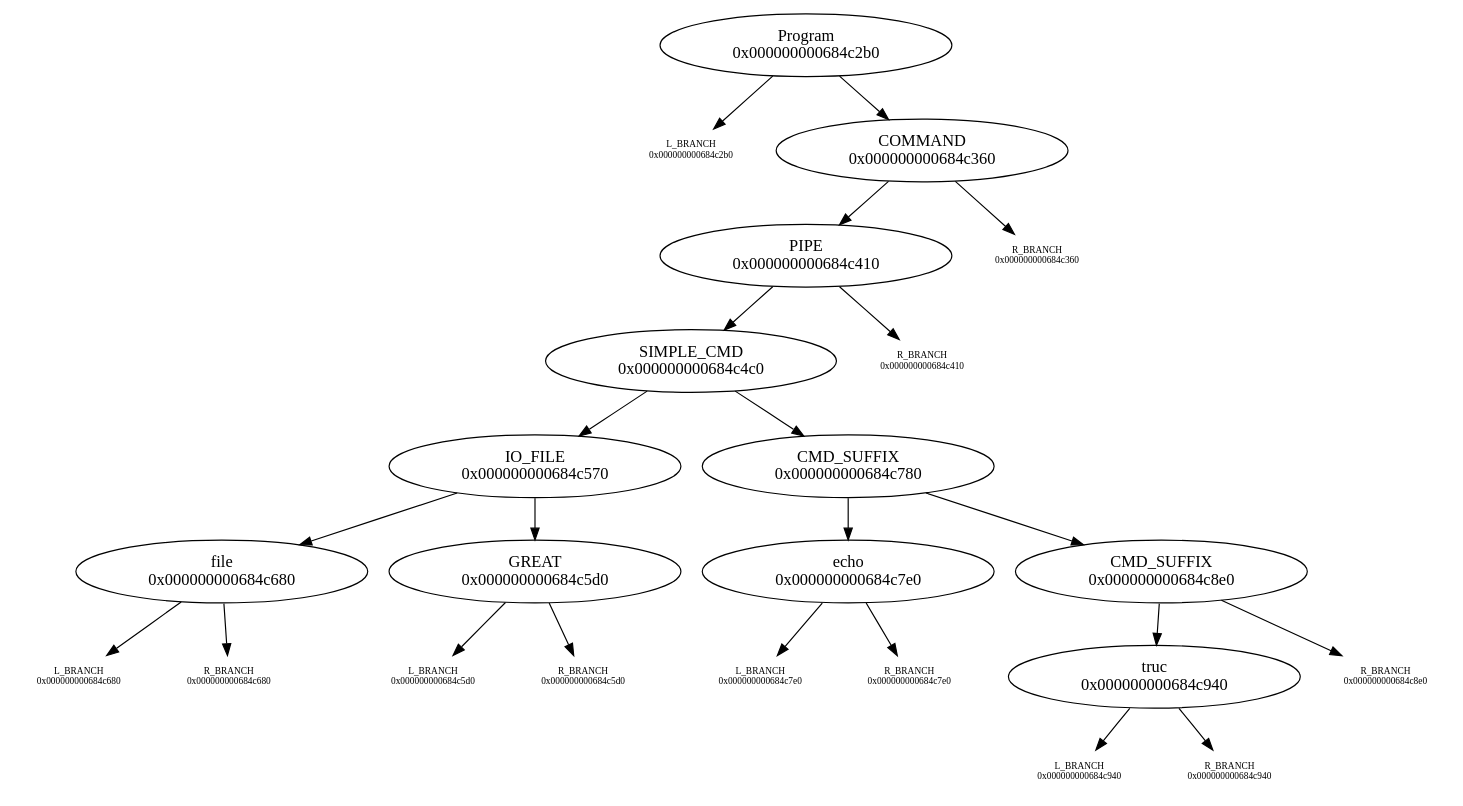
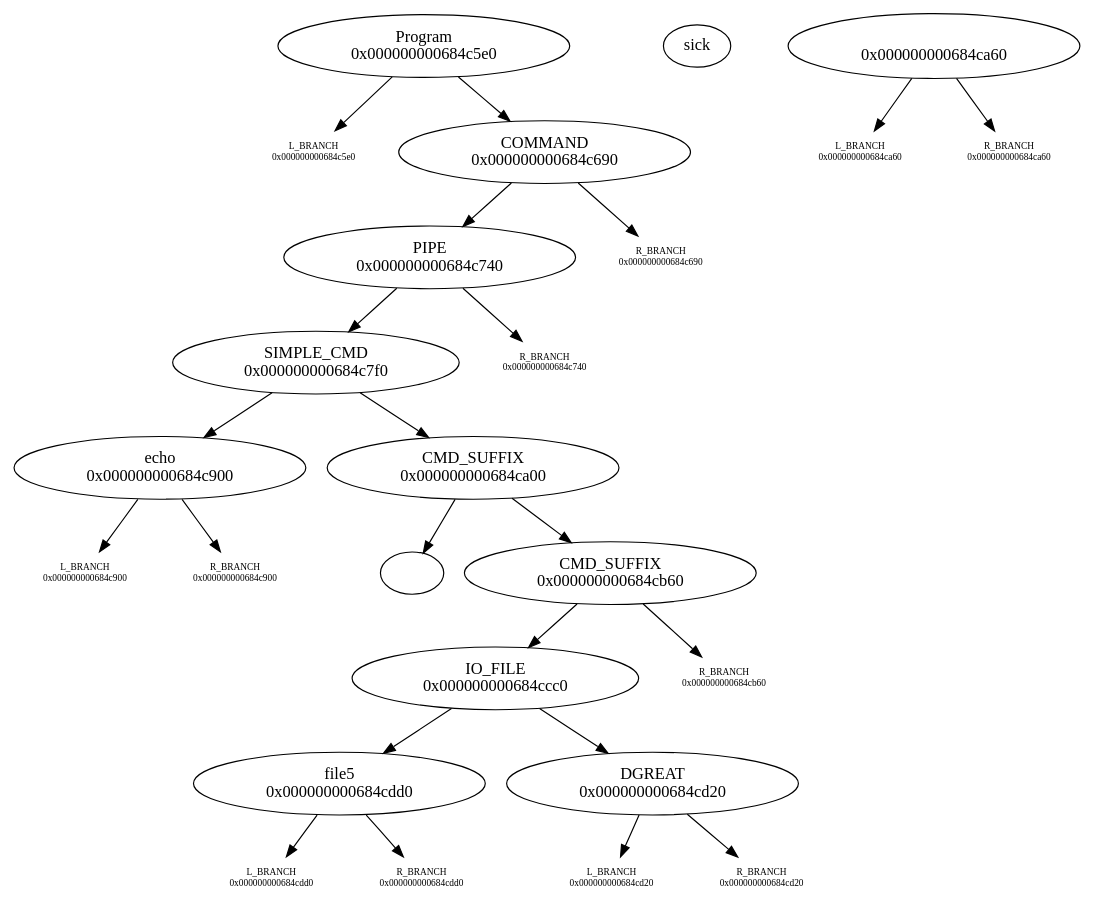
One commit to N-4-Nina/Minishell changed the diagram in graph.dot. Above: the diagram before and after it, drawn with Graphviz. The commit also changed 19 other files, not shown here.

```diff
--- a/graph.dot
+++ b/graph.dot
@@ -1,37 +1,37 @@
 digraph graphname {
-"Program\n0x000000000684c2b0" -> "L_BRANCH\n0x000000000684c2b0";
-"L_BRANCH\n0x000000000684c2b0" [shape=none fontsize=8]
-"Program\n0x000000000684c2b0" -> "COMMAND\n0x000000000684c360";
-"COMMAND\n0x000000000684c360" -> "PIPE\n0x000000000684c410";
-"COMMAND\n0x000000000684c360" -> "R_BRANCH\n0x000000000684c360";
-"R_BRANCH\n0x000000000684c360" [shape=none fontsize=8]
-"PIPE\n0x000000000684c410" -> "SIMPLE_CMD\n0x000000000684c4c0";
-"PIPE\n0x000000000684c410" -> "R_BRANCH\n0x000000000684c410";
-"R_BRANCH\n0x000000000684c410" [shape=none fontsize=8]
-"SIMPLE_CMD\n0x000000000684c4c0" -> "IO_FILE\n0x000000000684c570";
-"SIMPLE_CMD\n0x000000000684c4c0" -> "CMD_SUFFIX\n0x000000000684c780";
-"IO_FILE\n0x000000000684c570" -> "file\n0x000000000684c680";
-"IO_FILE\n0x000000000684c570" -> "GREAT\n0x000000000684c5d0";
-"file\n0x000000000684c680" -> "L_BRANCH\n0x000000000684c680";
-"L_BRANCH\n0x000000000684c680" [shape=none fontsize=8]
-"file\n0x000000000684c680" -> "R_BRANCH\n0x000000000684c680";
-"R_BRANCH\n0x000000000684c680" [shape=none fontsize=8]
-"GREAT\n0x000000000684c5d0" -> "L_BRANCH\n0x000000000684c5d0";
-"L_BRANCH\n0x000000000684c5d0" [shape=none fontsize=8]
-"GREAT\n0x000000000684c5d0" -> "R_BRANCH\n0x000000000684c5d0";
-"R_BRANCH\n0x000000000684c5d0" [shape=none fontsize=8]
-"CMD_SUFFIX\n0x000000000684c780" -> "echo\n0x000000000684c7e0";
-"CMD_SUFFIX\n0x000000000684c780" -> "CMD_SUFFIX\n0x000000000684c8e0";
-"echo\n0x000000000684c7e0" -> "L_BRANCH\n0x000000000684c7e0";
-"L_BRANCH\n0x000000000684c7e0" [shape=none fontsize=8]
-"echo\n0x000000000684c7e0" -> "R_BRANCH\n0x000000000684c7e0";
-"R_BRANCH\n0x000000000684c7e0" [shape=none fontsize=8]
-"CMD_SUFFIX\n0x000000000684c8e0" -> "truc\n0x000000000684c940";
-"CMD_SUFFIX\n0x000000000684c8e0" -> "R_BRANCH\n0x000000000684c8e0";
-"R_BRANCH\n0x000000000684c8e0" [shape=none fontsize=8]
-"truc\n0x000000000684c940" -> "L_BRANCH\n0x000000000684c940";
-"L_BRANCH\n0x000000000684c940" [shape=none fontsize=8]
-"truc\n0x000000000684c940" -> "R_BRANCH\n0x000000000684c940";
-"R_BRANCH\n0x000000000684c940" [shape=none fontsize=8]
+"Program\n0x000000000684c5e0" -> "L_BRANCH\n0x000000000684c5e0";
+"L_BRANCH\n0x000000000684c5e0" [shape=none fontsize=8]
+"Program\n0x000000000684c5e0" -> "COMMAND\n0x000000000684c690";
+"COMMAND\n0x000000000684c690" -> "PIPE\n0x000000000684c740";
+"COMMAND\n0x000000000684c690" -> "R_BRANCH\n0x000000000684c690";
+"R_BRANCH\n0x000000000684c690" [shape=none fontsize=8]
+"PIPE\n0x000000000684c740" -> "SIMPLE_CMD\n0x000000000684c7f0";
+"PIPE\n0x000000000684c740" -> "R_BRANCH\n0x000000000684c740";
+"R_BRANCH\n0x000000000684c740" [shape=none fontsize=8]
+"SIMPLE_CMD\n0x000000000684c7f0" -> "echo\n0x000000000684c900";
+"SIMPLE_CMD\n0x000000000684c7f0" -> "CMD_SUFFIX\n0x000000000684ca00";
+"echo\n0x000000000684c900" -> "L_BRANCH\n0x000000000684c900";
+"L_BRANCH\n0x000000000684c900" [shape=none fontsize=8]
+"echo\n0x000000000684c900" -> "R_BRANCH\n0x000000000684c900";
+"R_BRANCH\n0x000000000684c900" [shape=none fontsize=8]
+"CMD_SUFFIX\n0x000000000684ca00" -> ""sick"\n0x000000000684ca60";
+"CMD_SUFFIX\n0x000000000684ca00" -> "CMD_SUFFIX\n0x000000000684cb60";
+""sick"\n0x000000000684ca60" -> "L_BRANCH\n0x000000000684ca60";
+"L_BRANCH\n0x000000000684ca60" [shape=none fontsize=8]
+""sick"\n0x000000000684ca60" -> "R_BRANCH\n0x000000000684ca60";
+"R_BRANCH\n0x000000000684ca60" [shape=none fontsize=8]
+"CMD_SUFFIX\n0x000000000684cb60" -> "IO_FILE\n0x000000000684ccc0";
+"CMD_SUFFIX\n0x000000000684cb60" -> "R_BRANCH\n0x000000000684cb60";
+"R_BRANCH\n0x000000000684cb60" [shape=none fontsize=8]
+"IO_FILE\n0x000000000684ccc0" -> "file5\n0x000000000684cdd0";
+"IO_FILE\n0x000000000684ccc0" -> "DGREAT\n0x000000000684cd20";
+"file5\n0x000000000684cdd0" -> "L_BRANCH\n0x000000000684cdd0";
+"L_BRANCH\n0x000000000684cdd0" [shape=none fontsize=8]
+"file5\n0x000000000684cdd0" -> "R_BRANCH\n0x000000000684cdd0";
+"R_BRANCH\n0x000000000684cdd0" [shape=none fontsize=8]
+"DGREAT\n0x000000000684cd20" -> "L_BRANCH\n0x000000000684cd20";
+"L_BRANCH\n0x000000000684cd20" [shape=none fontsize=8]
+"DGREAT\n0x000000000684cd20" -> "R_BRANCH\n0x000000000684cd20";
+"R_BRANCH\n0x000000000684cd20" [shape=none fontsize=8]
 
 }
```
